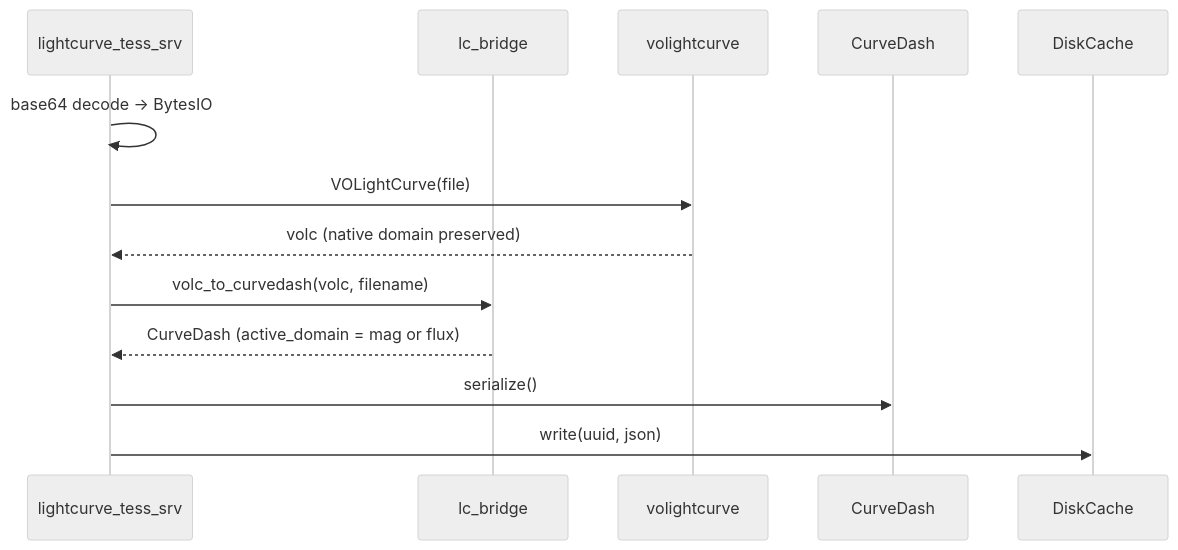
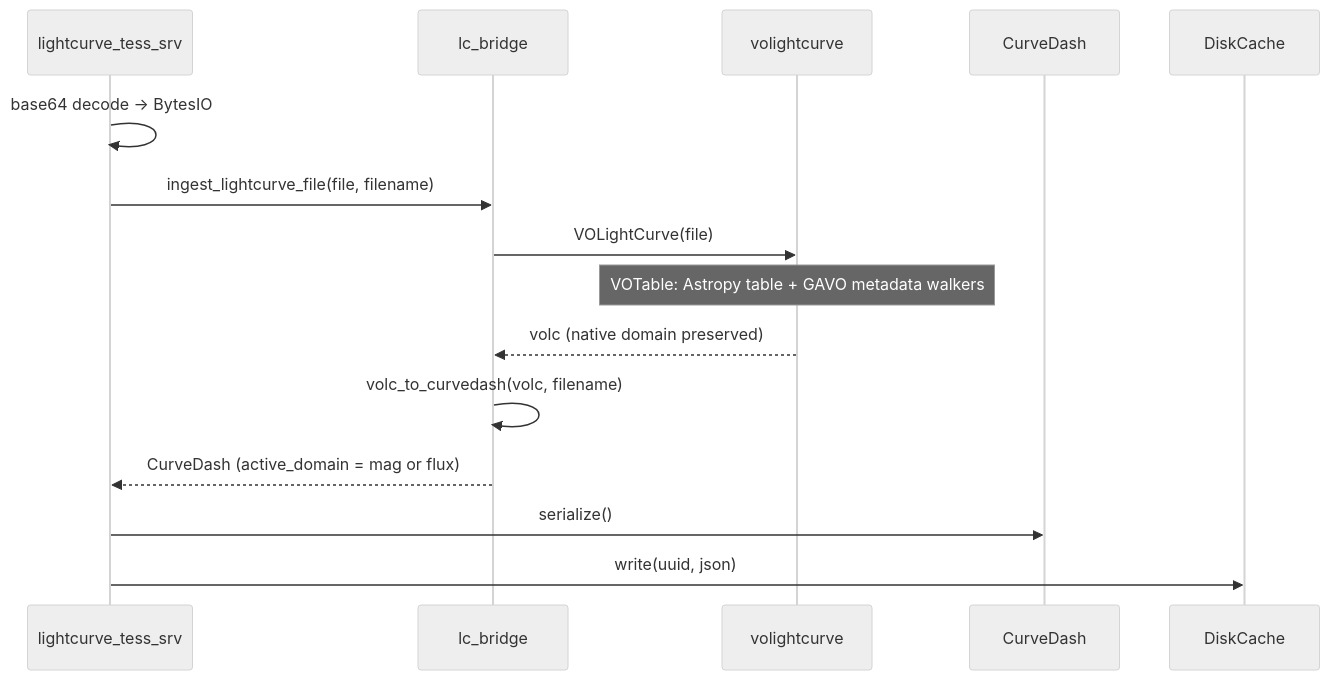
The first of 3 diagrams in docs/lightcurve_data_flow.md (olgavoz1971/skvo_veb_2), drawn with Mermaid (neutral theme) before and after one commit. The commit also changed other lines of this file and 7 other files, not shown here.

Commit message:
Fixing binary votable metadata ingesting via gavo walker

````diff
--- a/docs/lightcurve_data_flow.md
+++ b/docs/lightcurve_data_flow.md
@@ -234,16 +293,18 @@
 ```mermaid
 sequenceDiagram
     participant UI as lightcurve_tess_srv
     participant Bridge as lc_bridge
     participant VO as volightcurve
     participant CD as CurveDash
     participant Cache as DiskCache
 
     UI->>UI: base64 decode → BytesIO
-    UI->>VO: VOLightCurve(file)
-    VO-->>UI: volc (native domain preserved)
-    UI->>Bridge: volc_to_curvedash(volc, filename)
+    UI->>Bridge: ingest_lightcurve_file(file, filename)
+    Bridge->>VO: VOLightCurve(file)
+    Note over VO: VOTable: Astropy table + GAVO metadata walkers
+    VO-->>Bridge: volc (native domain preserved)
+    Bridge->>Bridge: volc_to_curvedash(volc, filename)
     Bridge-->>UI: CurveDash (active_domain = mag or flux)
     UI->>CD: serialize()
     UI->>Cache: write(uuid, json)
 ```
````
